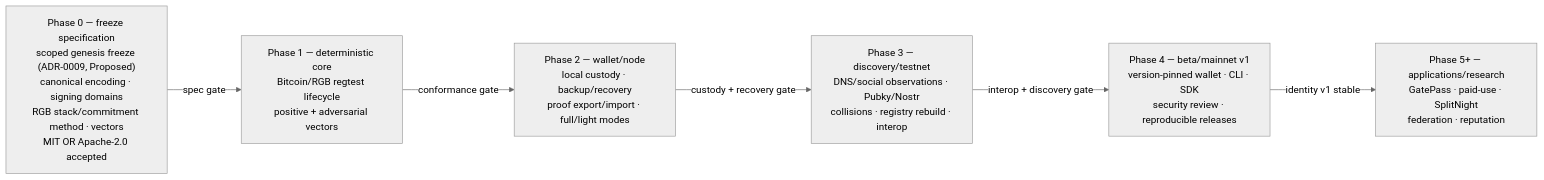
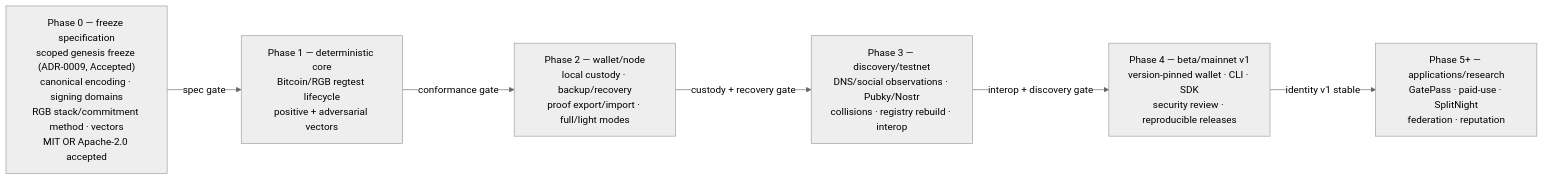
The first of 2 diagrams in docs/diagrams/06-deployment-pipeline.md (EdwinKestler/o2a-protocol), drawn with Mermaid (neutral theme) before and after one commit. The commit also changed other lines of this file and 28 other files, not shown here.

Commit message:
Accept scoped genesis freeze and RGB carrier line

````diff
--- a/docs/diagrams/06-deployment-pipeline.md
+++ b/docs/diagrams/06-deployment-pipeline.md
@@ -10,15 +10,15 @@
 ```mermaid
 flowchart LR
-    P0["Phase 0 — freeze specification<br/>scoped genesis freeze (ADR-0009, Proposed)<br/>canonical encoding · signing domains<br/>RGB stack/commitment method · vectors<br/>MIT OR Apache-2.0 accepted"]
+    P0["Phase 0 — freeze specification<br/>scoped genesis freeze (ADR-0009, Accepted)<br/>canonical encoding · signing domains<br/>RGB stack/commitment method · vectors<br/>MIT OR Apache-2.0 accepted"]
     P1["Phase 1 — deterministic core<br/>Bitcoin/RGB regtest lifecycle<br/>positive + adversarial vectors"]
     P2["Phase 2 — wallet/node<br/>local custody · backup/recovery<br/>proof export/import · full/light modes"]
     P3["Phase 3 — discovery/testnet<br/>DNS/social observations · Pubky/Nostr<br/>collisions · registry rebuild · interop"]
     P4["Phase 4 — beta/mainnet v1<br/>version-pinned wallet · CLI · SDK<br/>security review · reproducible releases"]
     P5["Phase 5+ — applications/research<br/>GatePass · paid-use · SplitNight<br/>federation · reputation"]
 
     P0 -->|"spec gate"| P1
     P1 -->|"conformance gate"| P2
     P2 -->|"custody + recovery gate"| P3
     P3 -->|"interop + discovery gate"| P4
     P4 -->|"identity v1 stable"| P5
 ```
````
